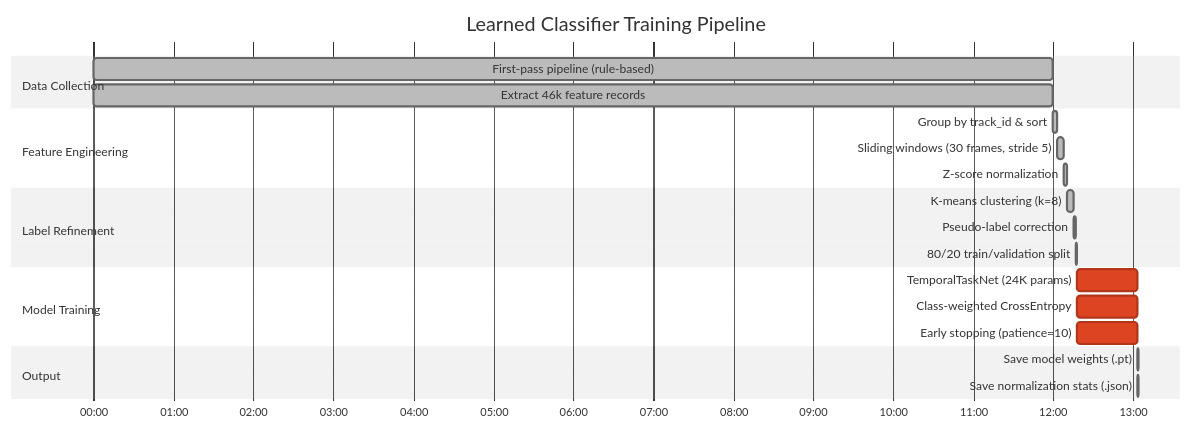
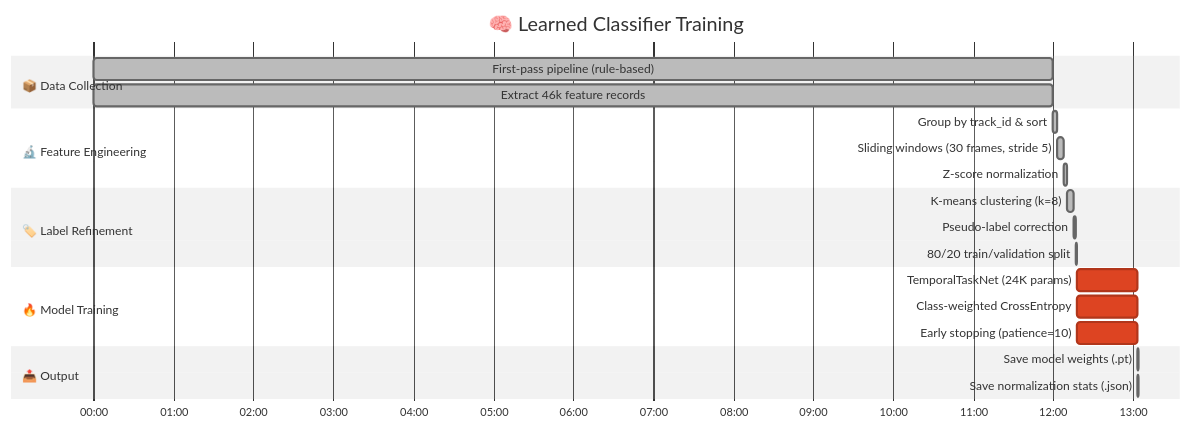
Before and after one commit to nourdesoukizz/factory-biomechanics-tracker: the third of 4 diagrams in README.md, drawn with Mermaid (neutral theme). The commit also changed other lines of this file and 1 other file, not shown here.

````diff
--- a/README.md
+++ b/README.md
@@ -96,29 +116,29 @@
 ```mermaid
 gantt
-    title Learned Classifier Training Pipeline
+    title 🧠 Learned Classifier Training
     dateFormat mm:ss
     axisFormat %M:%S
 
-    section Data Collection
+    section 📦 Data Collection
     First-pass pipeline (rule-based)     :done, d1, 00:00, 12m
     Extract 46k feature records          :done, d2, 00:00, 12m
 
-    section Feature Engineering
+    section 🔬 Feature Engineering
     Group by track_id & sort             :done, fe1, 12:00, 3s
     Sliding windows (30 frames, stride 5):done, fe2, after fe1, 5s
     Z-score normalization                :done, fe3, after fe2, 2s
 
-    section Label Refinement
+    section 🏷️ Label Refinement
     K-means clustering (k=8)             :done, lr1, after fe3, 5s
     Pseudo-label correction              :done, lr2, after lr1, 2s
     80/20 train/validation split         :done, lr3, after lr2, 1s
 
-    section Model Training
+    section 🔥 Model Training
     TemporalTaskNet (24K params)         :crit, mt1, after lr3, 45s
     Class-weighted CrossEntropy          :crit, mt2, after lr3, 45s
     Early stopping (patience=10)         :crit, mt3, after lr3, 45s
 
-    section Output
+    section 📤 Output
     Save model weights (.pt)             :done, out1, after mt1, 1s
     Save normalization stats (.json)     :done, out2, after mt1, 1s
 ```
````
